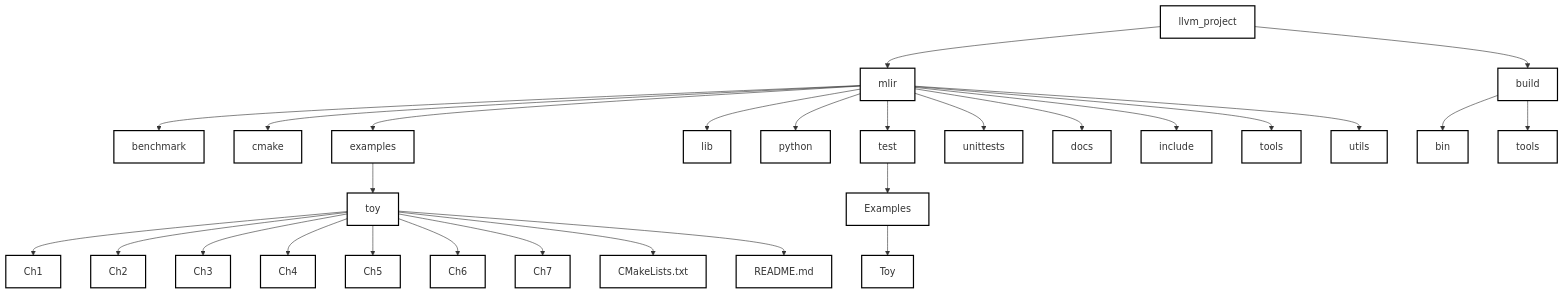
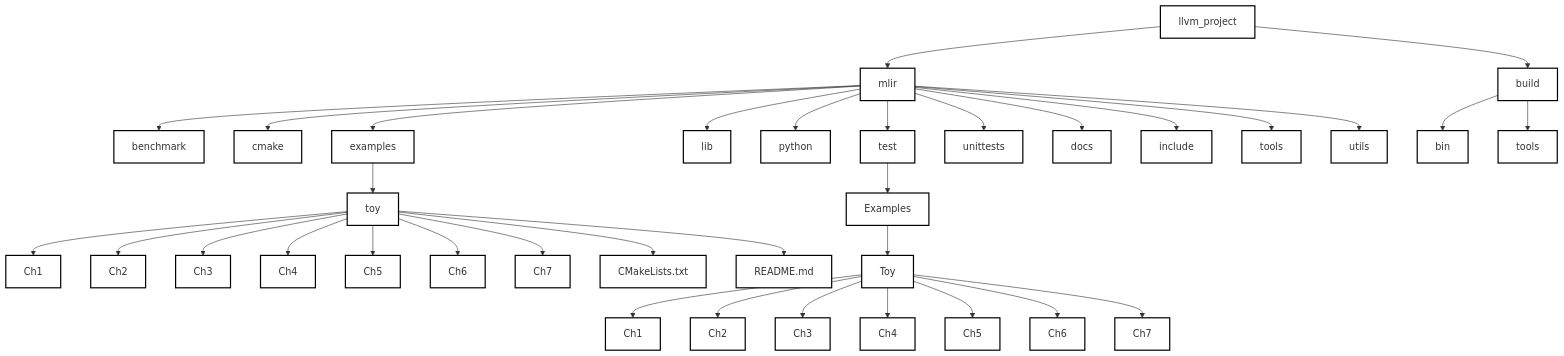
One commit to Ameya674/mlir_for_beginners changed the third of 3 diagrams in Introduction.md. Above: the diagram before and after it, drawn with Mermaid.

```diff
--- a/Introduction.md
+++ b/Introduction.md
@@ -211,6 +211,22 @@
 
   Examples --> Toy
 
+  Toy_Ch1["Ch1"]
+  Toy_Ch2["Ch2"]
+  Toy_Ch3["Ch3"]
+  Toy_Ch4["Ch4"]
+  Toy_Ch5["Ch5"]
+  Toy_Ch6["Ch6"]
+  Toy_Ch7["Ch7"]
+
+  Toy --> Toy_Ch1
+  Toy --> Toy_Ch2
+  Toy --> Toy_Ch3
+  Toy --> Toy_Ch4
+  Toy --> Toy_Ch5
+  Toy --> Toy_Ch6
+  Toy --> Toy_Ch7
+
   classDef default fill:#fff,stroke:#000,stroke-width:2px;
   class mlir_box default;
   class toy_examples_box default;
```
